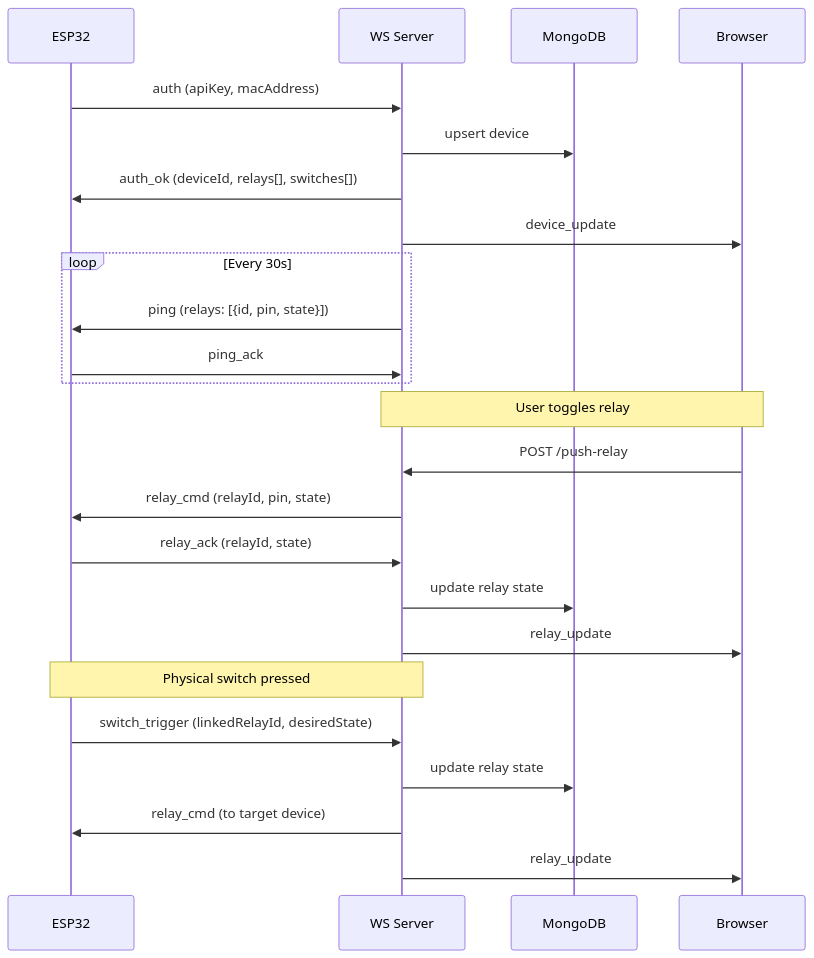
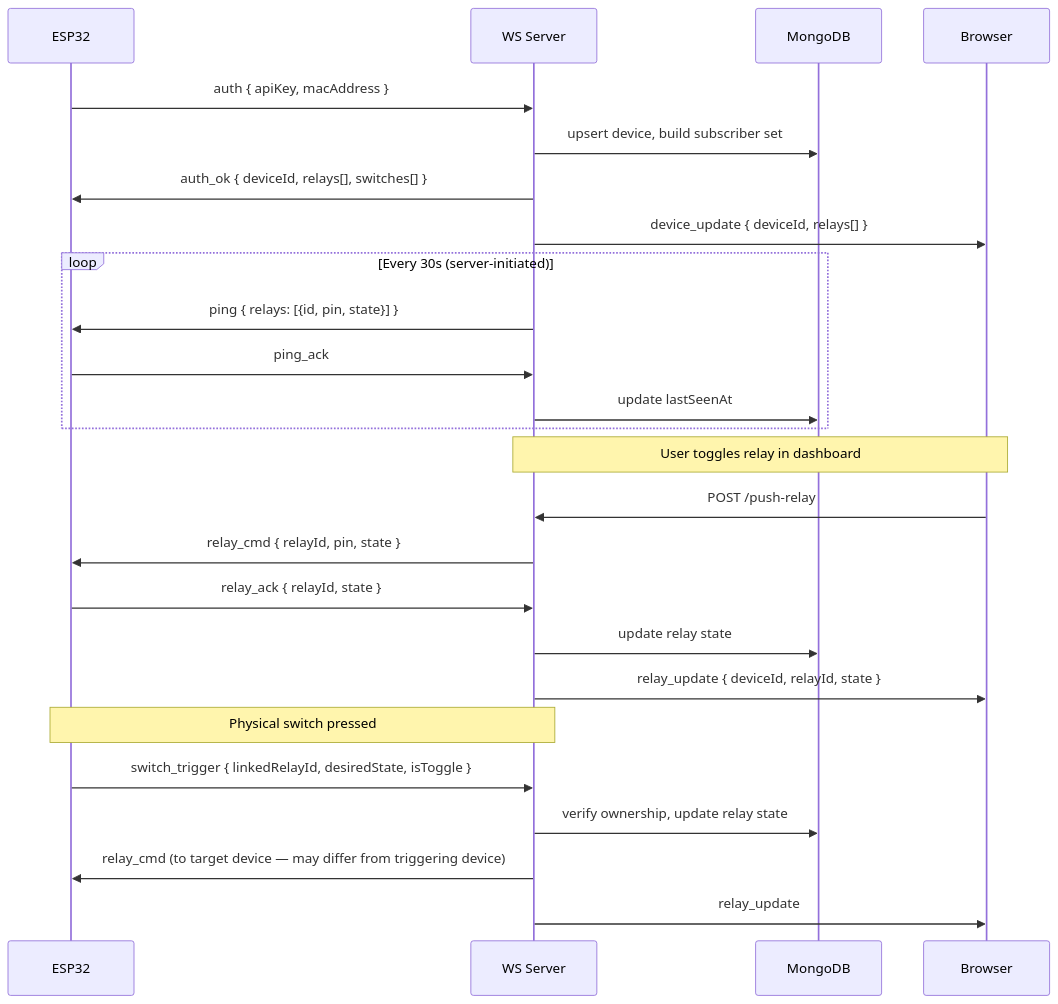
Before and after one commit to paraswtf/smarthub: the first of 2 diagrams in docs/websocket-protocol.md, drawn with Mermaid. The commit also changed other lines of this file and 28 other files, not shown here.

````diff
--- a/docs/websocket-protocol.md
+++ b/docs/websocket-protocol.md
@@ -5,30 +16,31 @@
 ```mermaid
 sequenceDiagram
     participant ESP as ESP32
     participant WS as WS Server
     participant DB as MongoDB
     participant BR as Browser
 
-    ESP->>WS: auth (apiKey, macAddress)
-    WS->>DB: upsert device
-    WS->>ESP: auth_ok (deviceId, relays[], switches[])
-    WS->>BR: device_update
+    ESP->>WS: auth { apiKey, macAddress }
+    WS->>DB: upsert device, build subscriber set
+    WS->>ESP: auth_ok { deviceId, relays[], switches[] }
+    WS->>BR: device_update { deviceId, relays[] }
 
-    loop Every 30s
-        WS->>ESP: ping (relays: [{id, pin, state}])
+    loop Every 30s (server-initiated)
+        WS->>ESP: ping { relays: [{id, pin, state}] }
         ESP->>WS: ping_ack
+        WS->>DB: update lastSeenAt
     end
 
-    Note over BR,WS: User toggles relay
+    Note over BR,WS: User toggles relay in dashboard
     BR->>WS: POST /push-relay
-    WS->>ESP: relay_cmd (relayId, pin, state)
-    ESP->>WS: relay_ack (relayId, state)
+    WS->>ESP: relay_cmd { relayId, pin, state }
+    ESP->>WS: relay_ack { relayId, state }
     WS->>DB: update relay state
-    WS->>BR: relay_update
+    WS->>BR: relay_update { deviceId, relayId, state }
 
     Note over ESP,WS: Physical switch pressed
-    ESP->>WS: switch_trigger (linkedRelayId, desiredState)
-    WS->>DB: update relay state
-    WS->>ESP: relay_cmd (to target device)
+    ESP->>WS: switch_trigger { linkedRelayId, desiredState, isToggle }
+    WS->>DB: verify ownership, update relay state
+    WS->>ESP: relay_cmd (to target device — may differ from triggering device)
     WS->>BR: relay_update
 ```
````
